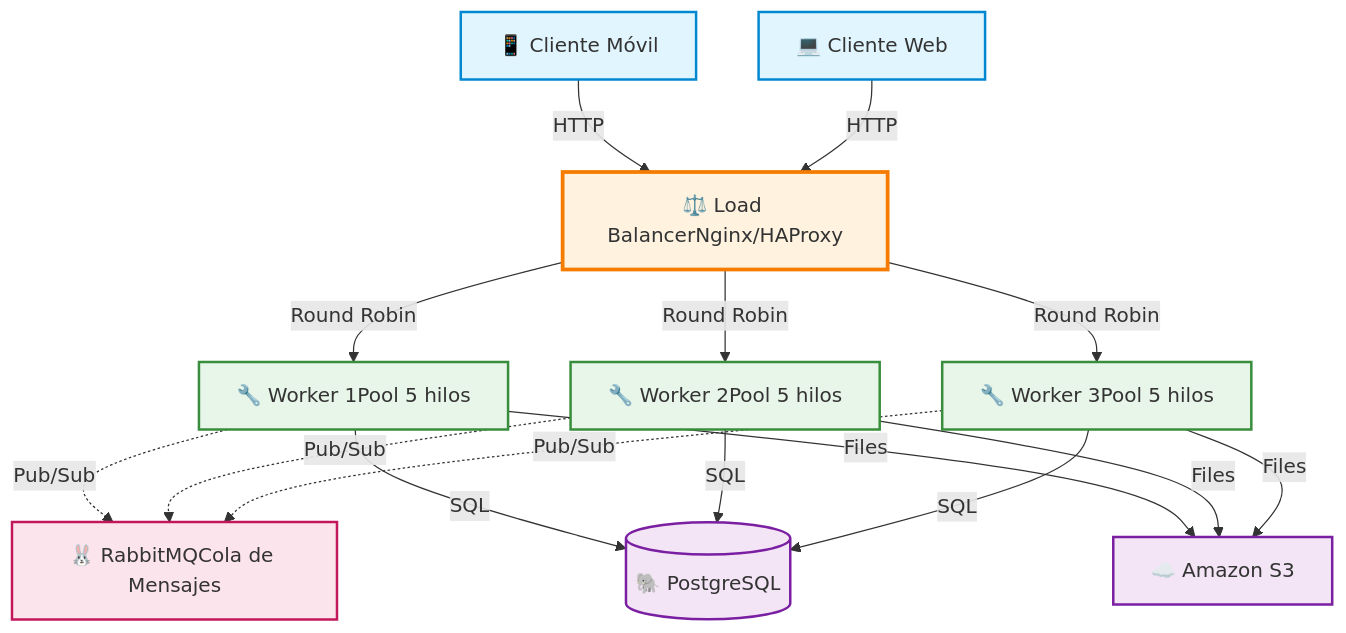
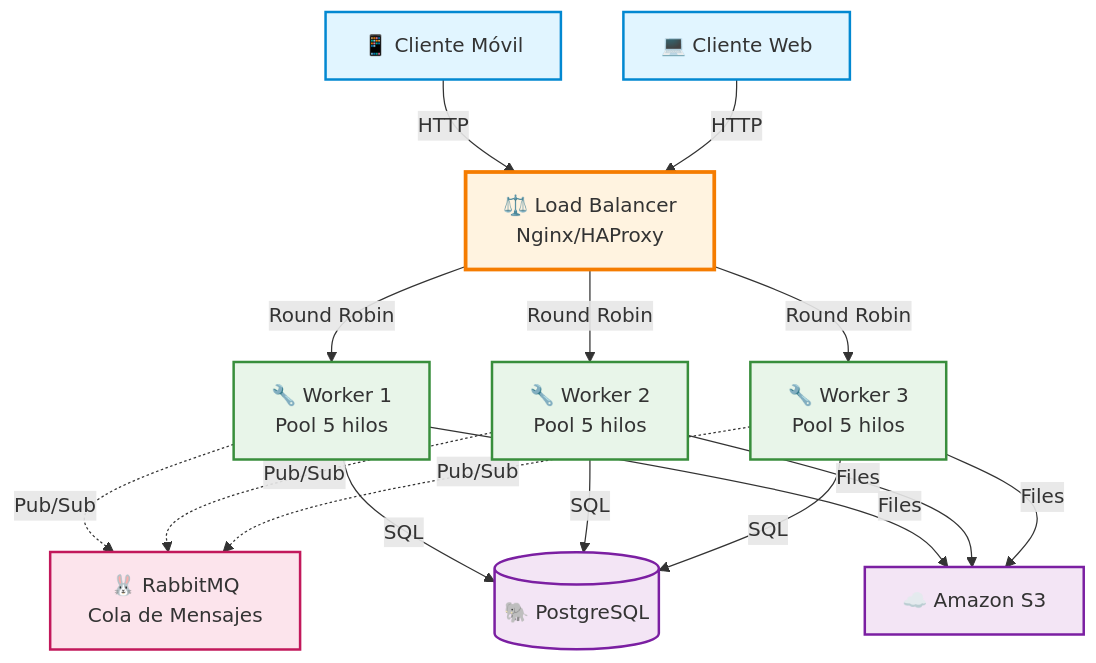
The diagram in Diagrama_sistema_distribuido.md (NicolasLLans/PFO3-Programaci-n_Sobre_Redes), drawn with Mermaid before and after one commit. The commit also changed other lines of this file, not shown here.

Commit message:
Diagrama sistema distribuido

````diff
--- a/Diagrama_sistema_distribuido.md
+++ b/Diagrama_sistema_distribuido.md
@@ -5,45 +5,45 @@
 ```mermaid
 flowchart TB
     CM[📱 Cliente Móvil]
     CW[💻 Cliente Web]
     
-    LB[⚖️ Load BalancerNginx/HAProxy]
+    LB[⚖️ Load Balancer<br/>Nginx/HAProxy]
     
-    W1[🔧 Worker 1Pool 5 hilos]
-    W2[🔧 Worker 2Pool 5 hilos]
-    W3[🔧 Worker 3Pool 5 hilos]
+    W1[🔧 Worker 1<br/>Pool 5 hilos]
+    W2[🔧 Worker 2<br/>Pool 5 hilos]
+    W3[🔧 Worker 3<br/>Pool 5 hilos]
     
-    RMQ[🐰 RabbitMQCola de Mensajes]
+    RMQ[🐰 RabbitMQ<br/>Cola de Mensajes]
     
     PG[(🐘 PostgreSQL)]
     S3[☁️ Amazon S3]
     
     CM -->|HTTP| LB
     CW -->|HTTP| LB
     
     LB -->|Round Robin| W1
     LB -->|Round Robin| W2
     LB -->|Round Robin| W3
     
     W1 -.->|Pub/Sub| RMQ
     W2 -.->|Pub/Sub| RMQ
     W3 -.->|Pub/Sub| RMQ
     
     W1 -->|SQL| PG
     W2 -->|SQL| PG
     W3 -->|SQL| PG
     
     W1 -->|Files| S3
     W2 -->|Files| S3
     W3 -->|Files| S3
     
     style CM fill:#e1f5ff,stroke:#0288d1,stroke-width:2px
     style CW fill:#e1f5ff,stroke:#0288d1,stroke-width:2px
     style LB fill:#fff3e0,stroke:#f57c00,stroke-width:3px
     style W1 fill:#e8f5e9,stroke:#388e3c,stroke-width:2px
     style W2 fill:#e8f5e9,stroke:#388e3c,stroke-width:2px
     style W3 fill:#e8f5e9,stroke:#388e3c,stroke-width:2px
     style RMQ fill:#fce4ec,stroke:#c2185b,stroke-width:2px
     style PG fill:#f3e5f5,stroke:#7b1fa2,stroke-width:2px
     style S3 fill:#f3e5f5,stroke:#7b1fa2,stroke-width:2px
 ```
````
